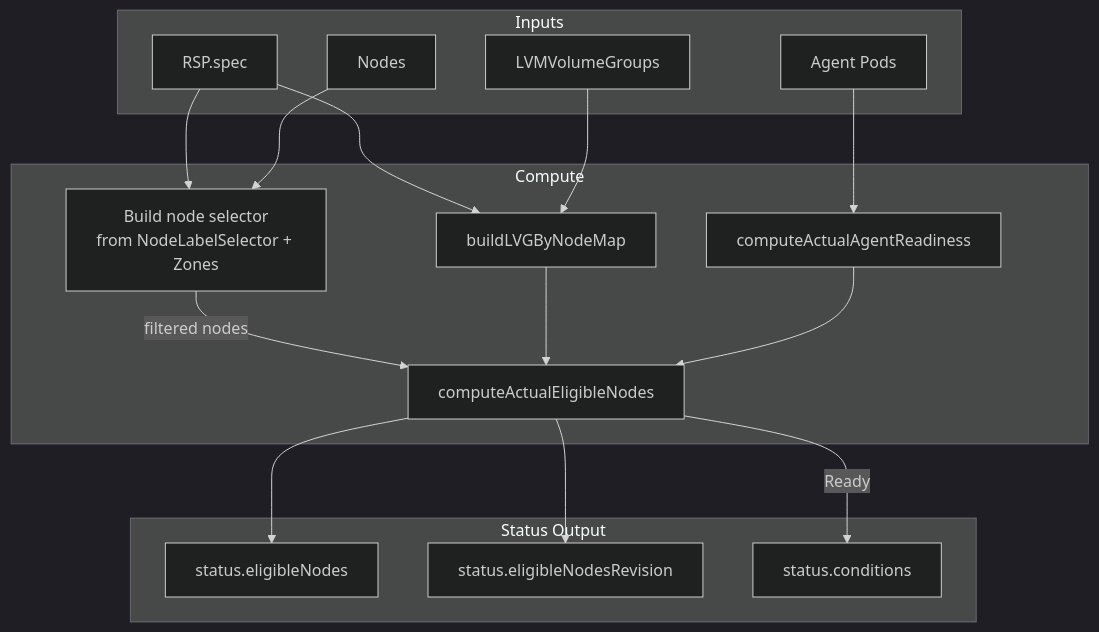
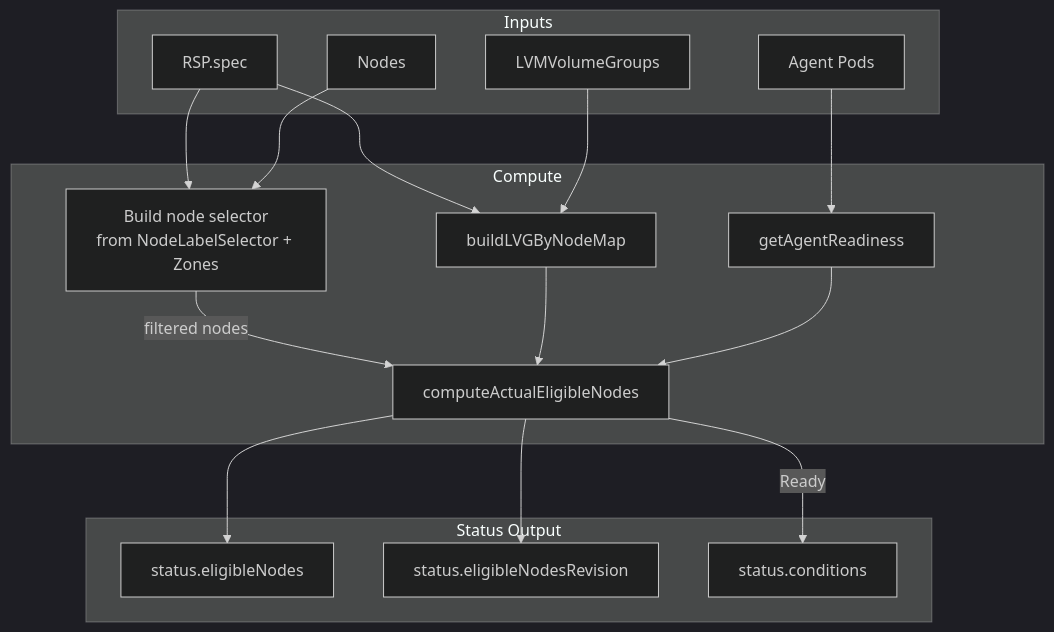
The second of 2 diagrams in images/controller/internal/controllers/rsp_controller/README.md (deckhouse/sds-replicated-volume), drawn with Mermaid (dark theme) before and after one commit. The commit also changed other lines of this file and 40 other files, not shown here.

````diff
--- a/images/controller/internal/controllers/rsp_controller/README.md
+++ b/images/controller/internal/controllers/rsp_controller/README.md
@@ -125,37 +173,37 @@
 ```mermaid
 flowchart TD
     subgraph inputs [Inputs]
         RSP[RSP.spec]
         Nodes[Nodes]
         LVGs[LVMVolumeGroups]
         AgentPods[Agent Pods]
     end
 
     subgraph compute [Compute]
         BuildSelector[Build node selector<br>from NodeLabelSelector + Zones]
         BuildLVGMap[buildLVGByNodeMap]
-        ComputeAgent[computeActualAgentReadiness]
+        GetAgent[getAgentReadiness]
         ComputeEligible[computeActualEligibleNodes]
     end
 
     subgraph status [Status Output]
         EN[status.eligibleNodes]
         ENRev[status.eligibleNodesRevision]
         Conds[status.conditions]
     end
 
     RSP --> BuildSelector
     RSP --> BuildLVGMap
     Nodes --> BuildSelector
     BuildSelector -->|filtered nodes| ComputeEligible
 
     LVGs --> BuildLVGMap
     BuildLVGMap --> ComputeEligible
 
-    AgentPods --> ComputeAgent
-    ComputeAgent --> ComputeEligible
+    AgentPods --> GetAgent
+    GetAgent --> ComputeEligible
 
     ComputeEligible --> EN
     ComputeEligible --> ENRev
     ComputeEligible -->|Ready| Conds
 ```
````
